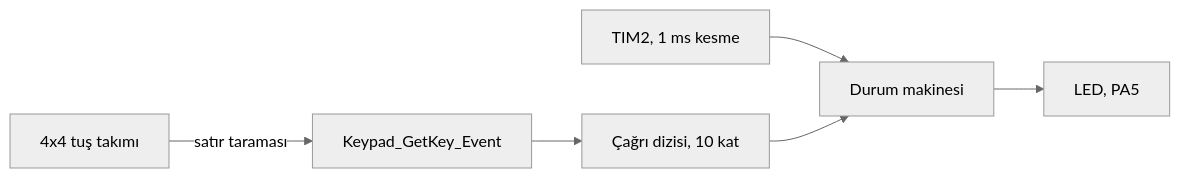
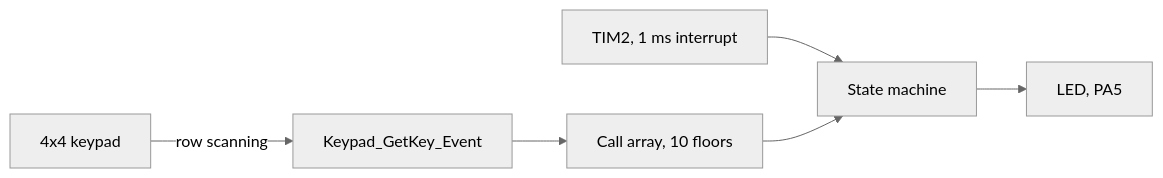
The first of 2 diagrams in README.md (meyubcan/stm32f0-elevator-keypad), drawn with Mermaid (neutral theme) before and after one commit. The commit also changed other lines of this file and 1 other file, not shown here.

````diff
--- a/README.md
+++ b/README.md
@@ -9,8 +13,8 @@
 ```mermaid
 flowchart LR
-    KP[4x4 tuş takımı] -- "satır taraması" --> SCAN[Keypad_GetKey_Event]
-    SCAN --> REQ[Çağrı dizisi, 10 kat]
-    TIM[TIM2, 1 ms kesme] --> FSM[Durum makinesi]
+    KP[4x4 keypad] -- "row scanning" --> SCAN[Keypad_GetKey_Event]
+    SCAN --> REQ[Call array, 10 floors]
+    TIM[TIM2, 1 ms interrupt] --> FSM[State machine]
     REQ --> FSM
     FSM --> LED[LED, PA5]
 ```
````
